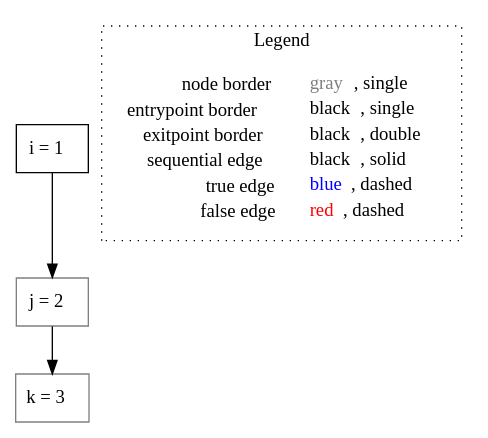
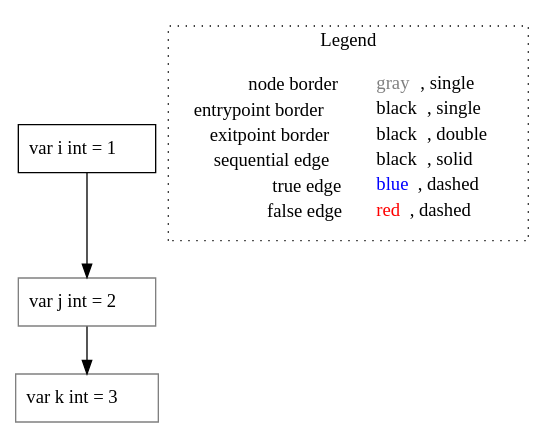
Before and after one commit to lisa-analyzer/go-lisa: the diagram in go-lisa/test-outputs/cfg/decl/untyped_~LiSAProgram.multDecl().dot, drawn with Graphviz. The commit also changed 21 other files, not shown here.

```diff
--- a/go-lisa/test-outputs/cfg/decl/untyped_~LiSAProgram.multDecl().dot
+++ b/go-lisa/test-outputs/cfg/decl/untyped_~LiSAProgram.multDecl().dot
@@ -1,14 +1,14 @@
 digraph {
-	"node0" [shape="rect",color="black",label=<i = 1>];
-	"node1" [shape="rect",color="gray",label=<j = 2>];
-	"node2" [shape="rect",color="gray",label=<k = 3>];
+	"node0" [shape="rect",color="black",label=<var i int = 1>];
+	"node1" [shape="rect",color="gray",label=<var j int = 2>];
+	"node2" [shape="rect",color="gray",label=<var k int = 3>];
 	"node0" -> "node1" [color="black"];
 	"node1" -> "node2" [color="black"];
 subgraph cluster_legend {
 	label="Legend";
 	style=dotted;
 	node [shape=plaintext];
 	"legend" [label=<<table border="0" cellpadding="2" cellspacing="0" cellborder="0"><tr><td align="right">node border&nbsp;</td><td align="left"><font color="gray">gray</font>, single</td></tr><tr><td align="right">entrypoint border&nbsp;</td><td align="left"><font color="black">black</font>, single</td></tr><tr><td align="right">exitpoint border&nbsp;</td><td align="left"><font color="black">black</font>, double</td></tr><tr><td align="right">sequential edge&nbsp;</td><td align="left"><font color="black">black</font>, solid</td></tr><tr><td align="right">true edge&nbsp;</td><td align="left"><font color="blue">blue</font>, dashed</td></tr><tr><td align="right">false edge&nbsp;</td><td align="left"><font color="red">red</font>, dashed</td></tr></table>>];
 }
 
 }
```
